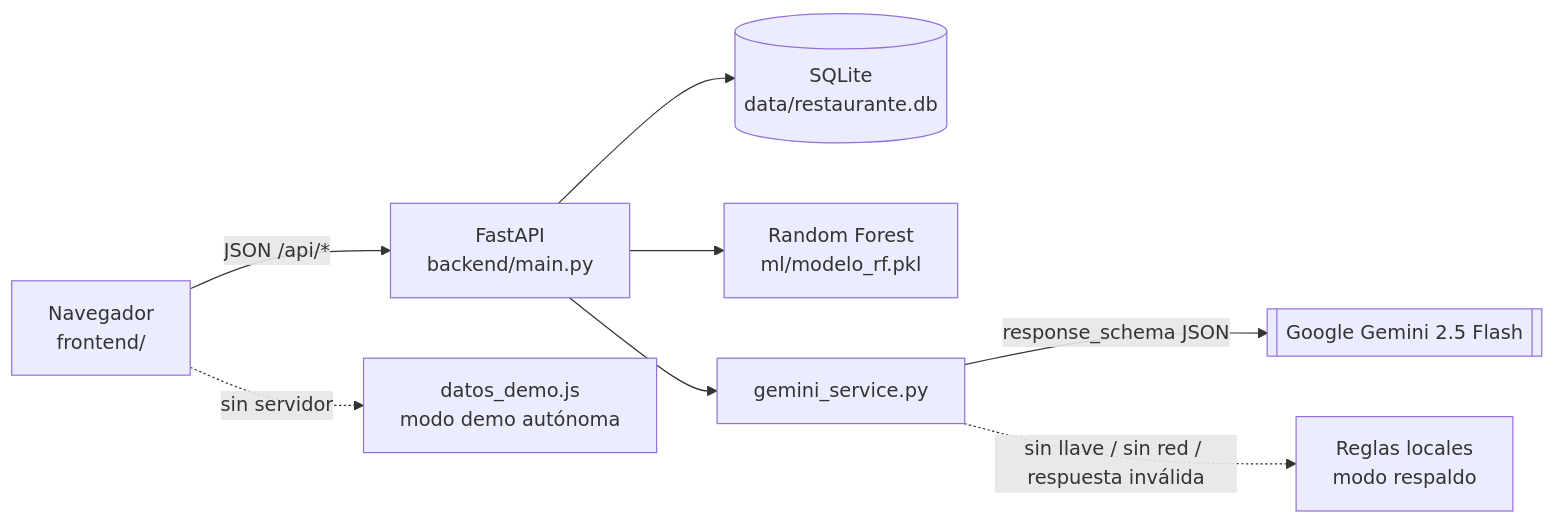
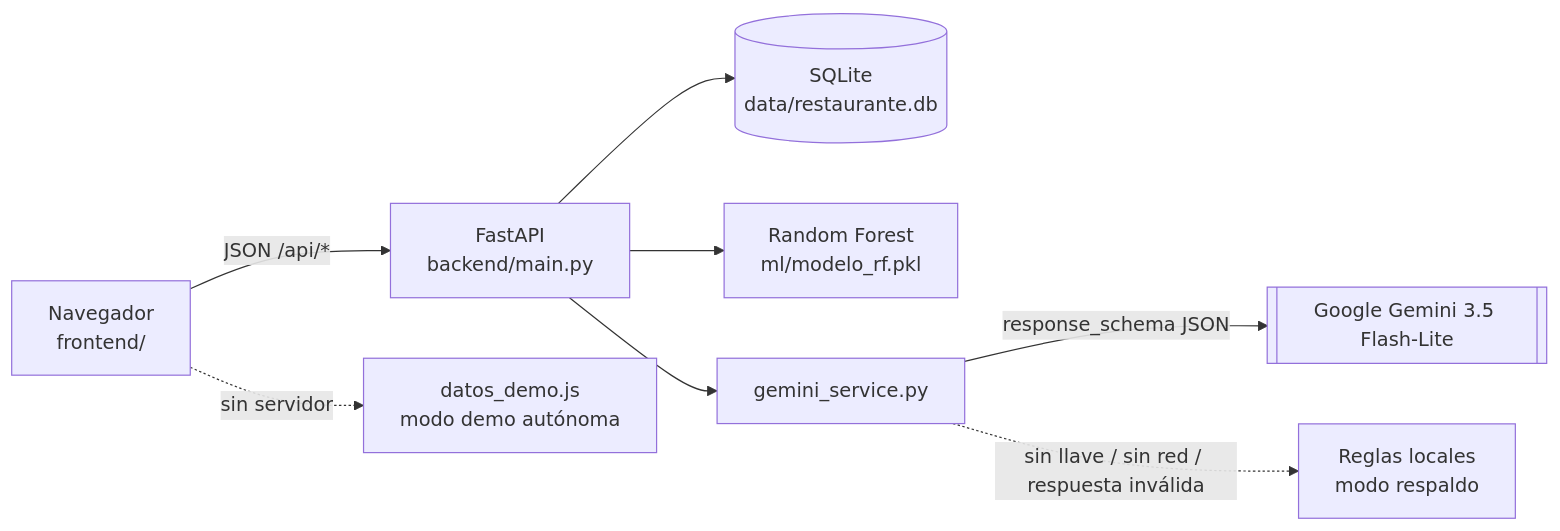
The second of 2 diagrams in README.md (AndreRodriguez06/Hackateate_2026), drawn with Mermaid before and after one commit. The commit also changed other lines of this file and 8 other files, not shown here.

First line of the commit message:
Apartado 8: plan de negocios con fuentes verificables y supuestos separados; Gemini por defecto a gemini-3.5-flash-lite

````diff
--- a/README.md
+++ b/README.md
@@ -56,10 +56,10 @@
 ```mermaid
 flowchart LR
     U[Navegador<br/>frontend/] -- "JSON /api/*" --> API[FastAPI<br/>backend/main.py]
     API --> DB[(SQLite<br/>data/restaurante.db)]
     API --> ML[Random Forest<br/>ml/modelo_rf.pkl]
     API --> G[gemini_service.py]
-    G -- "response_schema JSON" --> GEM[[Google Gemini 2.5 Flash]]
+    G -- "response_schema JSON" --> GEM[[Google Gemini 3.5 Flash-Lite]]
     G -. "sin llave / sin red / respuesta inválida" .-> R[Reglas locales<br/>modo respaldo]
     U -. "sin servidor" .-> DEMO[datos_demo.js<br/>modo demo autónoma]
 ```
````
